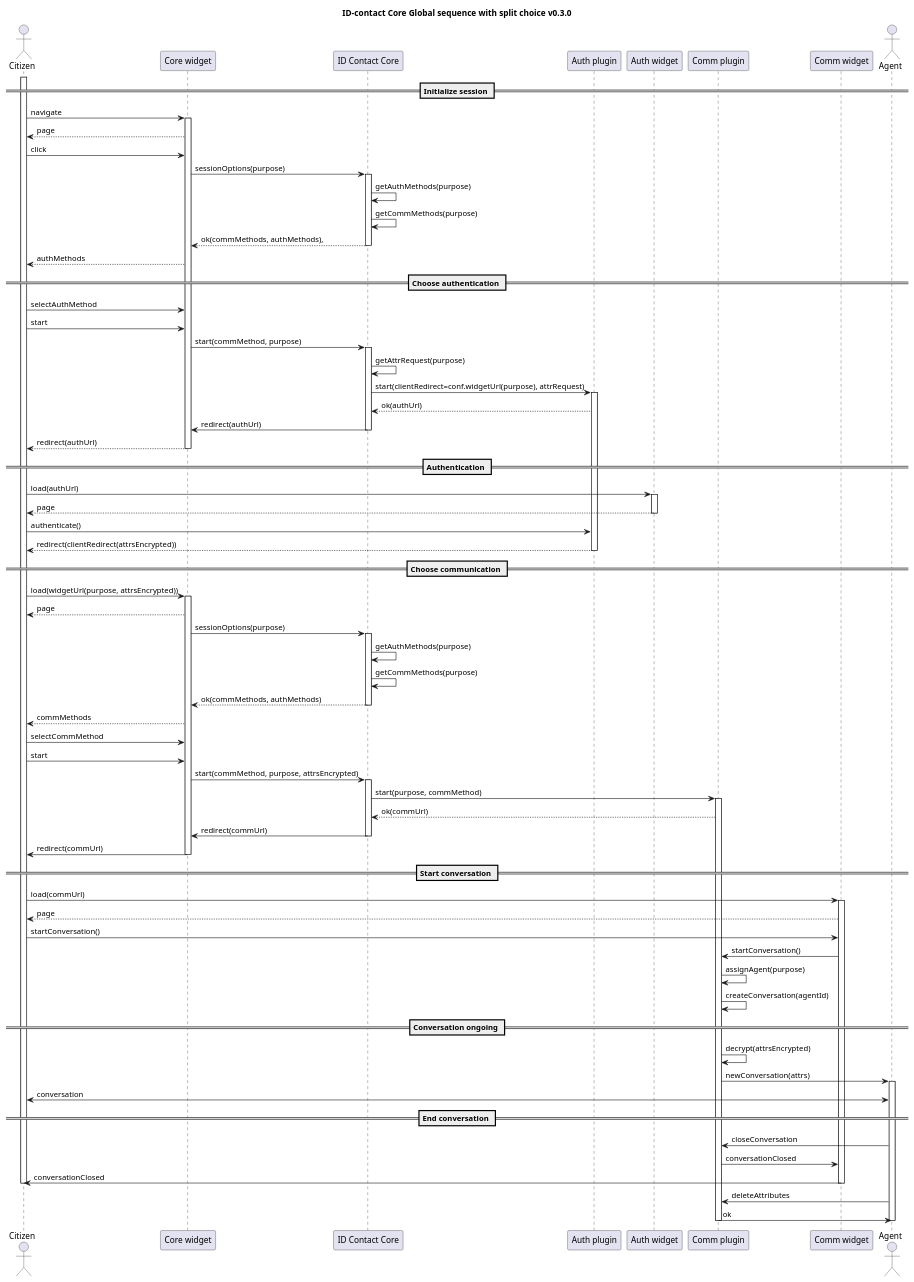
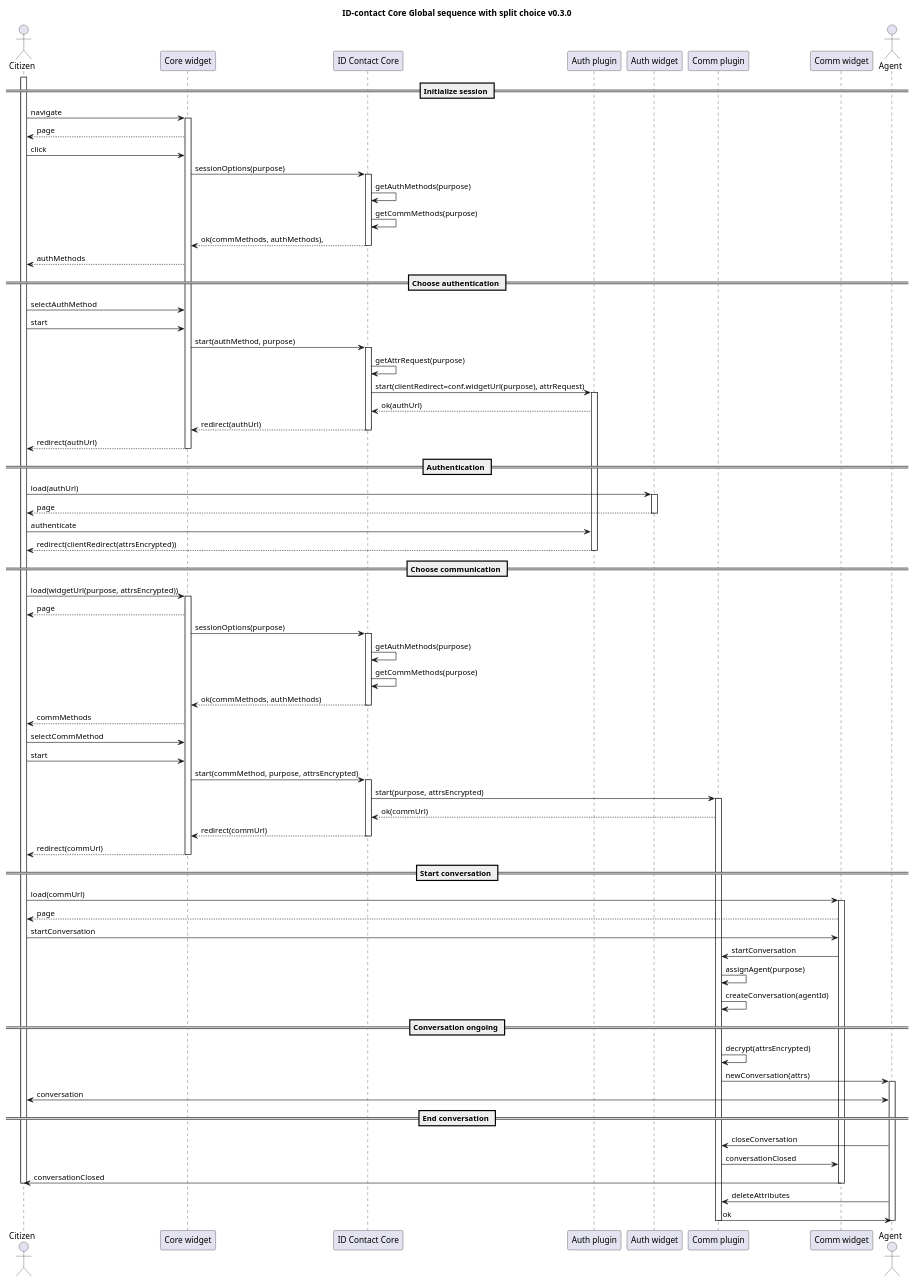
One commit to id-contact/docs changed the diagram in docs/diagrams/split-choice.puml. Above: the diagram before and after it, drawn with PlantUML. The commit also changed 4 other files, not shown here.

```diff
--- a/docs/diagrams/split-choice.puml
+++ b/docs/diagrams/split-choice.puml
@@ -2,110 +2,110 @@
 @startuml
 title ID-contact Core Global sequence with split choice v0.3.0
 
 actor Citizen as citizen
 participant "Core widget" as widget
 participant "ID Contact Core" as core
 participant "Auth plugin" as auth_plugin
 participant "Auth widget" as auth_widget
 participant "Comm plugin" as comm_plugin
 participant "Comm widget" as comm_widget
 actor Agent as agent
 
 == Initialize session ==
 
 activate citizen
 citizen->widget: navigate
 activate widget
 widget-->citizen: page
 citizen->widget: click
 widget->core: sessionOptions(purpose)
 activate core
 core->core: getAuthMethods(purpose)
 core->core: getCommMethods(purpose)
 core-->widget: ok(commMethods, authMethods),
 deactivate core
 widget-->citizen: authMethods
 
 == Choose authentication == 
 
 citizen->widget: selectAuthMethod
 citizen->widget: start
-widget->core: start(commMethod, purpose)
+widget->core: start(authMethod, purpose)
 activate core
 core->core: getAttrRequest(purpose)
 core->auth_plugin: start(clientRedirect=conf.widgetUrl(purpose), attrRequest)
 activate auth_plugin
 auth_plugin-->core: ok(authUrl)
-core->widget: redirect(authUrl)
+core-->widget: redirect(authUrl)
 deactivate core
 widget-->citizen: redirect(authUrl)
 deactivate widget
 
 == Authentication ==
 
 citizen->auth_widget: load(authUrl)
 activate auth_widget
 auth_widget-->citizen: page
 deactivate auth_widget
 
-citizen->auth_plugin: authenticate()
+citizen->auth_plugin: authenticate
 auth_plugin-->citizen: redirect(clientRedirect(attrsEncrypted))
 deactivate auth_plugin
 
 == Choose communication ==
 
 citizen->widget: load(widgetUrl(purpose, attrsEncrypted))
 activate widget
 widget-->citizen: page
 widget->core: sessionOptions(purpose)
 activate core
 core->core: getAuthMethods(purpose)
 core->core: getCommMethods(purpose)
 core-->widget: ok(commMethods, authMethods)
 deactivate core
 widget-->citizen: commMethods
 citizen->widget: selectCommMethod
 citizen->widget: start
 widget->core: start(commMethod, purpose, attrsEncrypted)
 activate core
-core->comm_plugin: start(purpose, commMethod)
+core->comm_plugin: start(purpose, attrsEncrypted)
 activate comm_plugin
 comm_plugin-->core: ok(commUrl)
-core->widget: redirect(commUrl)
+core-->widget: redirect(commUrl)
 deactivate core
-widget->citizen: redirect(commUrl)
+widget-->citizen: redirect(commUrl)
 deactivate widget
 
 == Start conversation ==
 
 citizen->comm_widget: load(commUrl)
 activate comm_widget
 comm_widget-->citizen: page
 
-citizen->comm_widget: startConversation()
-comm_widget->comm_plugin: startConversation()
+citizen->comm_widget: startConversation
+comm_widget->comm_plugin: startConversation
 
 comm_plugin->comm_plugin: assignAgent(purpose)
 comm_plugin->comm_plugin: createConversation(agentId)
 
 == Conversation ongoing ==
 comm_plugin->comm_plugin: decrypt(attrsEncrypted)
 comm_plugin->agent: newConversation(attrs)
 
 activate agent
 citizen<->agent: conversation
 
 == End conversation ==
 agent->comm_plugin: closeConversation
 comm_plugin->comm_widget: conversationClosed
 deactivate widget
 comm_widget->citizen: conversationClosed
 deactivate comm_widget
 deactivate citizen
 agent->comm_plugin: deleteAttributes
 comm_plugin->agent: ok
 deactivate comm_plugin
 deactivate agent
 
 
 @enduml
```
